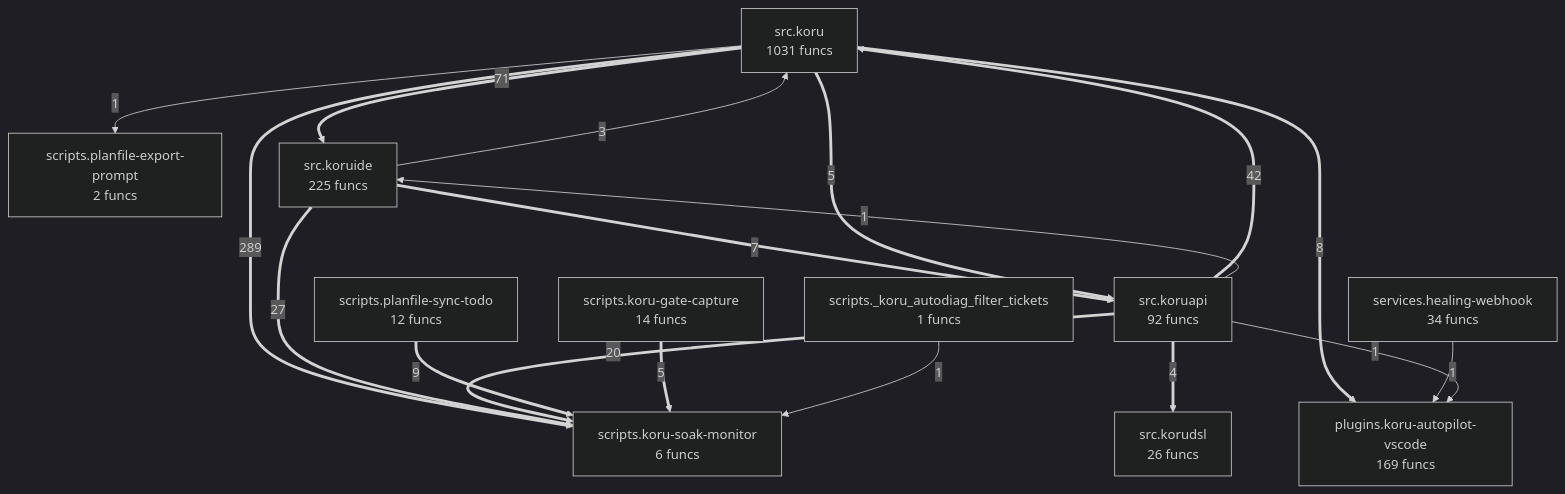
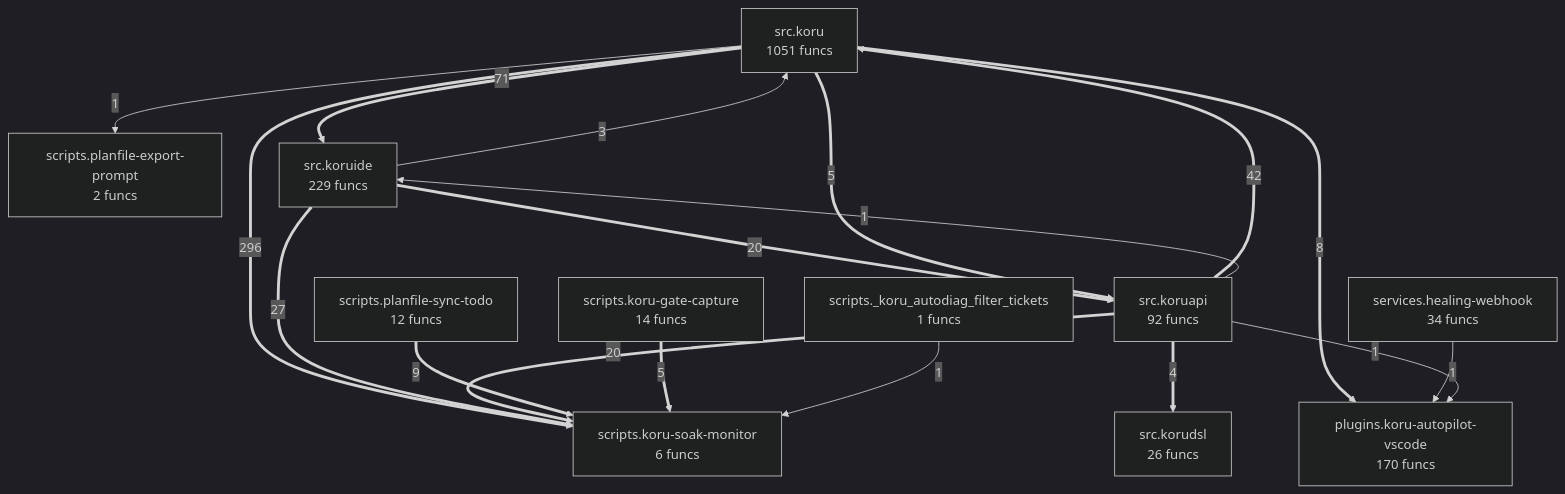
One commit to semcod/koru changed the diagram in project/compact_flow.mmd. Above: the diagram before and after it, drawn with Mermaid (dark theme). The commit also changed 29 other files, not shown here.

```diff
--- a/project/compact_flow.mmd
+++ b/project/compact_flow.mmd
@@ -1,30 +1,30 @@
 flowchart TD
-%% generated in 0.04s
-    plugins__koru_autopilot_vscode["plugins.koru-autopilot-vscode<br/>169 funcs"]
+%% generated in 0.07s
+    plugins__koru_autopilot_vscode["plugins.koru-autopilot-vscode<br/>170 funcs"]
     scripts___koru_autodiag_filter_tickets["scripts._koru_autodiag_filter_tickets<br/>1 funcs"]
     scripts__koru_gate_capture["scripts.koru-gate-capture<br/>14 funcs"]
     scripts__koru_soak_monitor["scripts.koru-soak-monitor<br/>6 funcs"]
     scripts__planfile_export_prompt["scripts.planfile-export-prompt<br/>2 funcs"]
     scripts__planfile_sync_todo["scripts.planfile-sync-todo<br/>12 funcs"]
     services__healing_webhook["services.healing-webhook<br/>34 funcs"]
-    src__koru["src.koru<br/>1031 funcs"]
+    src__koru["src.koru<br/>1051 funcs"]
     src__koruapi["src.koruapi<br/>92 funcs"]
     src__korudsl["src.korudsl<br/>26 funcs"]
-    src__koruide["src.koruide<br/>225 funcs"]
-    src__koru ==>|289| scripts__koru_soak_monitor
+    src__koruide["src.koruide<br/>229 funcs"]
+    src__koru ==>|296| scripts__koru_soak_monitor
     src__koru ==>|71| src__koruide
     src__koruapi ==>|42| src__koru
     src__koruide ==>|27| scripts__koru_soak_monitor
     src__koruapi ==>|20| scripts__koru_soak_monitor
+    src__koruide ==>|20| src__koruapi
     scripts__planfile_sync_todo ==>|9| scripts__koru_soak_monitor
     src__koru ==>|8| plugins__koru_autopilot_vscode
-    src__koruide ==>|7| src__koruapi
     src__koru ==>|5| src__koruapi
     scripts__koru_gate_capture ==>|5| scripts__koru_soak_monitor
     src__koruapi ==>|4| src__korudsl
     src__koruide -->|3| src__koru
     services__healing_webhook -->|1| plugins__koru_autopilot_vscode
     src__koruapi -->|1| plugins__koru_autopilot_vscode
     src__koruapi -->|1| src__koruide
     src__koru -->|1| scripts__planfile_export_prompt
     scripts___koru_autodiag_filter_tickets -->|1| scripts__koru_soak_monitor
```
